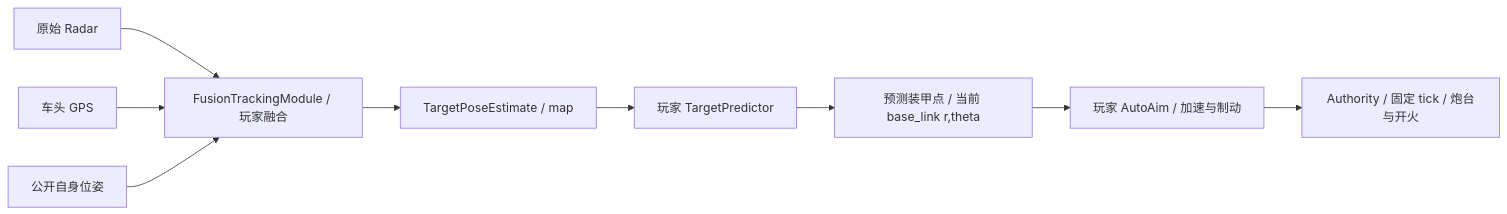
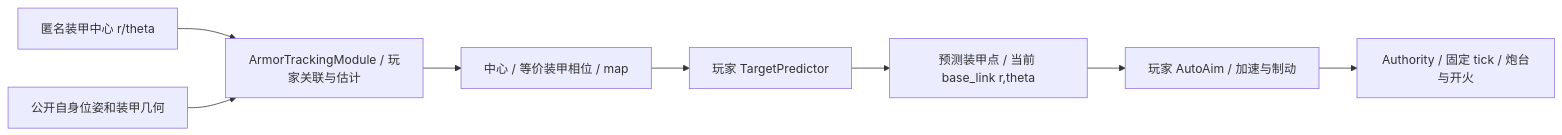
The second of 2 diagrams in docs/28_WEAPONS_PROGRESSIVE_ESTIMATION.md (Yangyongyu0506/TankBot), drawn with Mermaid before and after one commit. The commit also changed other lines of this file and 53 other files, not shown here.

````diff
--- a/docs/28_WEAPONS_PROGRESSIVE_ESTIMATION.md
+++ b/docs/28_WEAPONS_PROGRESSIVE_ESTIMATION.md
@@ -69,11 +98,10 @@
 ```mermaid
 flowchart LR
-    R[原始 Radar] --> F[FusionTrackingModule / 玩家融合]
-    G[车头 GPS] --> F
-    S[公开自身位姿] --> F
-    F --> T[TargetPoseEstimate / map]
+    R[匿名装甲中心 r/theta] --> F[ArmorTrackingModule / 玩家关联与估计]
+    S[公开自身位姿和装甲几何] --> F
+    F --> T[中心 / 等价装甲相位 / map]
     T --> P[玩家 TargetPredictor]
     P --> RT[预测装甲点 / 当前 base_link r,theta]
     RT --> C[玩家 AutoAim / 加速与制动]
     C --> A[Authority / 固定 tick / 炮台与开火]
 ```
````
